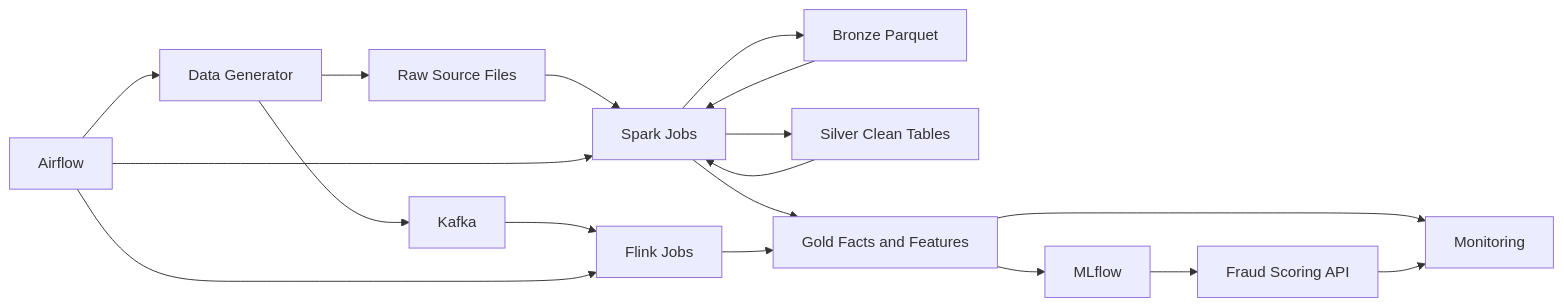
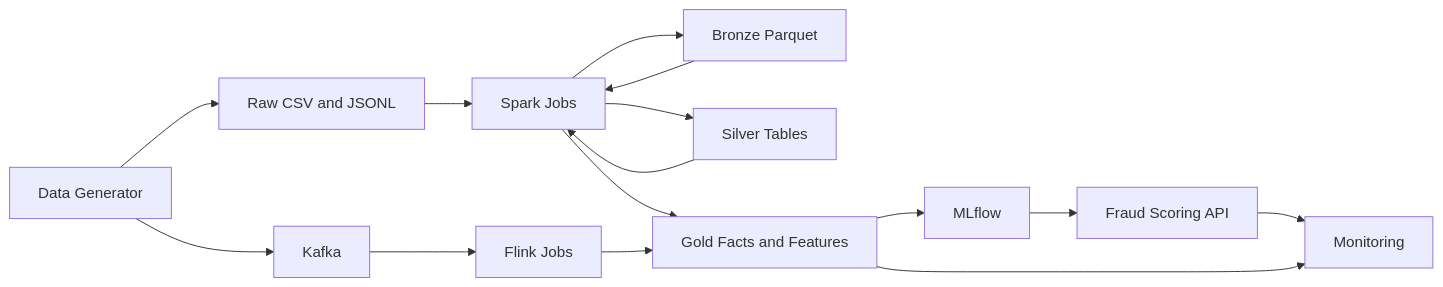
Before and after one commit to hiendat04/fraudstream: the diagram in README.md, drawn with Mermaid. The commit also changed other lines of this file and 11 other files, not shown here.

Commit message:
feat: add streaming transaction generator and Kafka replay functionality

````diff
--- a/README.md
+++ b/README.md
@@ -57,35 +38,31 @@
 ```mermaid
 flowchart LR
     generator[Data Generator]
-    raw[Raw Source Files]
+    raw[Raw CSV and JSONL]
+    kafka[Kafka]
+    spark[Spark Jobs]
+    flink[Flink Jobs]
     bronze[Bronze Parquet]
-    silver[Silver Clean Tables]
+    silver[Silver Tables]
     gold[Gold Facts and Features]
-    spark[Spark Jobs]
-    kafka[Kafka]
-    flink[Flink Jobs]
-    airflow[Airflow]
     mlflow[MLflow]
     api[Fraud Scoring API]
     monitor[Monitoring]
 
     generator --> raw
     raw --> spark
     spark --> bronze
     bronze --> spark
     spark --> silver
     silver --> spark
     spark --> gold
 
     generator --> kafka
     kafka --> flink
     flink --> gold
 
-    airflow --> generator
-    airflow --> spark
-    airflow --> flink
     gold --> mlflow
     mlflow --> api
+    api --> monitor
     gold --> monitor
-    api --> monitor
 ```
````
